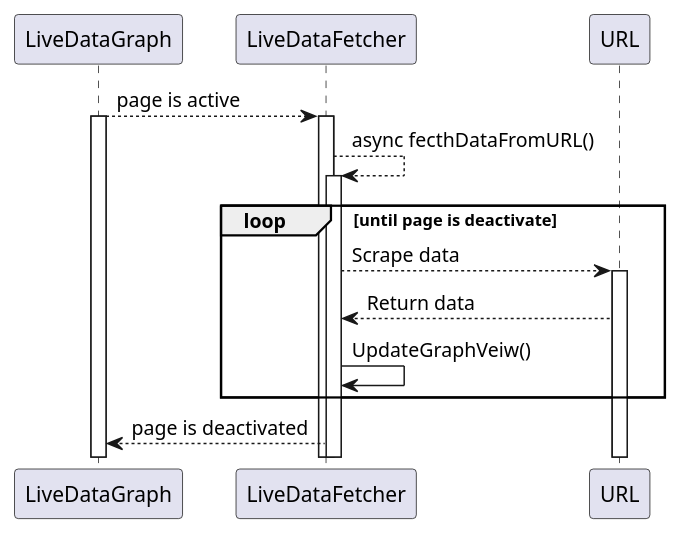
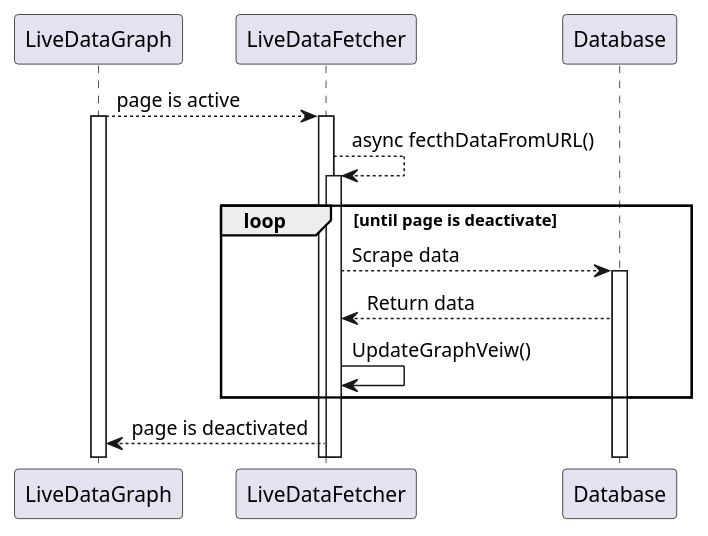
One commit to theflamio/WebpageLiveDataGraph changed the diagram in Architectur/LiveDataGra.plantuml. Above: the diagram before and after it, drawn with PlantUML. The commit also changed 24 other files, not shown here.

Commit message:
Removed smooth chart and using google charts

```diff
--- a/Architectur/LiveDataGra.plantuml
+++ b/Architectur/LiveDataGra.plantuml
@@ -1,15 +1,15 @@
 @startuml HelloWorld
 
 LiveDataGraph --> LiveDataFetcher : page is active
 activate LiveDataGraph 
 activate LiveDataFetcher
 LiveDataFetcher --> LiveDataFetcher: async fecthDataFromURL()
     loop until page is deactivate
     activate LiveDataFetcher
-    LiveDataFetcher --> URL : Scrape data
-    activate URL
-    LiveDataFetcher <-- URL : Return data
+    LiveDataFetcher --> Database : Scrape data
+    activate Database
+    LiveDataFetcher <-- Database : Return data
     LiveDataFetcher -> LiveDataFetcher: UpdateGraphVeiw()
     end
 LiveDataGraph <-- LiveDataFetcher : page is deactivated
 @endumlP
```
